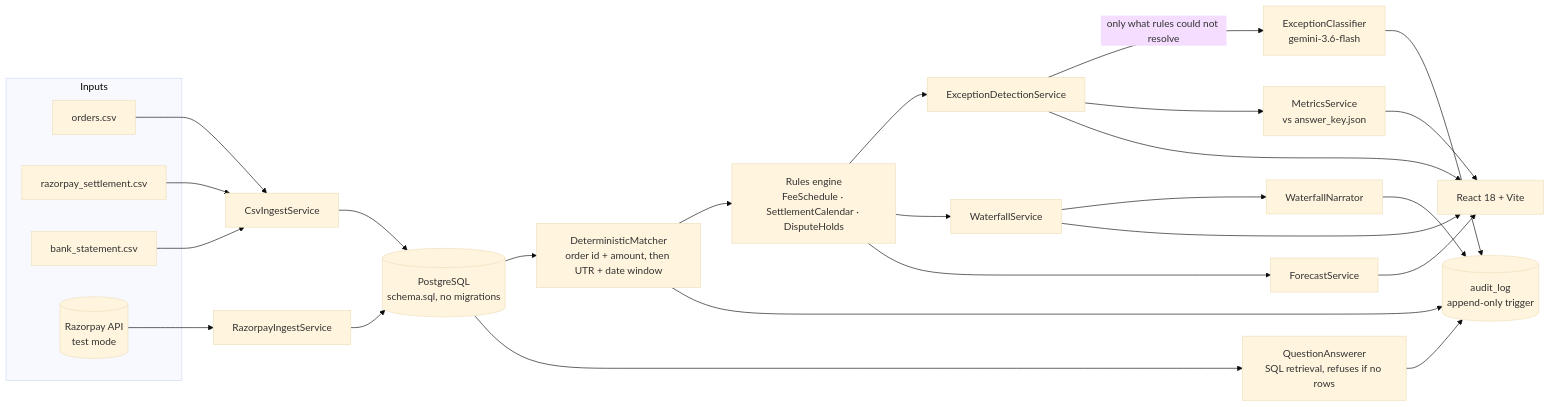
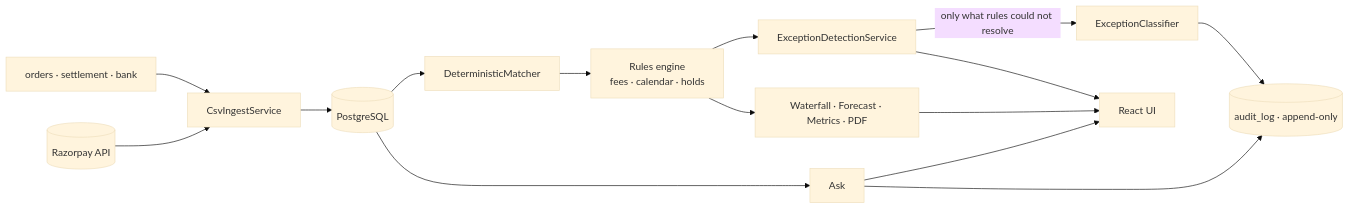
One commit to RudraDudhat/Ledgerlens changed the diagram in README.md. Above: the diagram before and after it, drawn with Mermaid (base theme). The commit also changed other lines of this file, not shown here.

````diff
--- a/README.md
+++ b/README.md
@@ -99,39 +108,21 @@
 ```mermaid
 flowchart LR
-  subgraph inputs[Inputs]
-    O[orders.csv]
-    S[razorpay_settlement.csv]
-    B[bank_statement.csv]
-    RZP[(Razorpay API<br/>test mode)]
-  end
+  CSV[orders · settlement · bank] --> ING[CsvIngestService]
+  RZP[(Razorpay API)] --> ING
+  ING --> DB[(PostgreSQL)]
 
-  O --> ING[CsvIngestService]
-  S --> ING
-  B --> ING
-  RZP --> RING[RazorpayIngestService]
+  DB --> MATCH[DeterministicMatcher]
+  MATCH --> RULES[Rules engine<br/>fees · calendar · holds]
+  RULES --> EXC[ExceptionDetectionService]
+  EXC -->|only what rules could not resolve| CLS[ExceptionClassifier]
 
-  ING --> DB[(PostgreSQL<br/>schema.sql, no migrations)]
-  RING --> DB
+  RULES --> OUT[Waterfall · Forecast · Metrics · PDF]
+  DB --> QA[Ask]
 
-  DB --> MATCH[DeterministicMatcher<br/>order id + amount, then UTR + date window]
-  MATCH --> RULES[Rules engine<br/>FeeSchedule · SettlementCalendar · DisputeHolds]
-  RULES --> EXC[ExceptionDetectionService]
-  EXC -->|only what rules could not resolve| CLS[ExceptionClassifier<br/>gemini-3.6-flash]
+  OUT --> UI[React UI]
+  EXC --> UI
+  QA --> UI
 
-  RULES --> WF[WaterfallService]
-  RULES --> FC[ForecastService]
-  EXC --> MET[MetricsService<br/>vs answer_key.json]
-
-  WF --> NAR[WaterfallNarrator]
-  DB --> QA[QuestionAnswerer<br/>SQL retrieval, refuses if no rows]
-
-  CLS --> AUD[(audit_log<br/>append-only trigger)]
-  NAR --> AUD
+  CLS --> AUD[(audit_log · append-only)]
   QA --> AUD
-  MATCH --> AUD
-
-  WF --> UI[React 18 + Vite]
-  FC --> UI
-  MET --> UI
-  EXC --> UI
 ```
````
